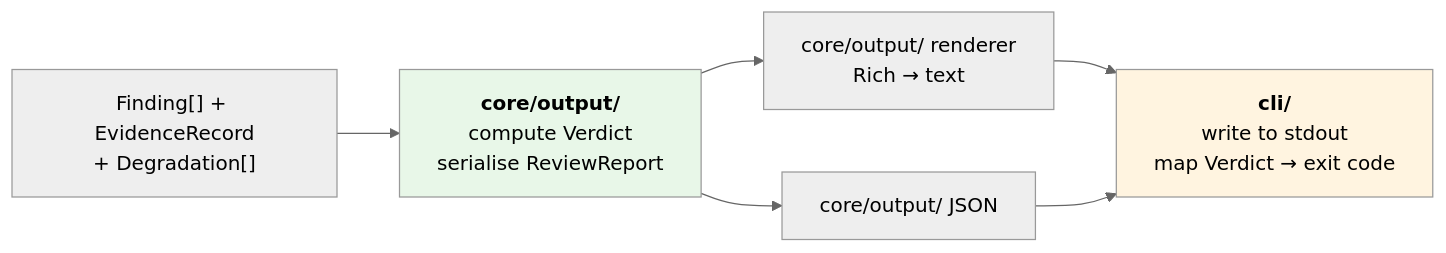
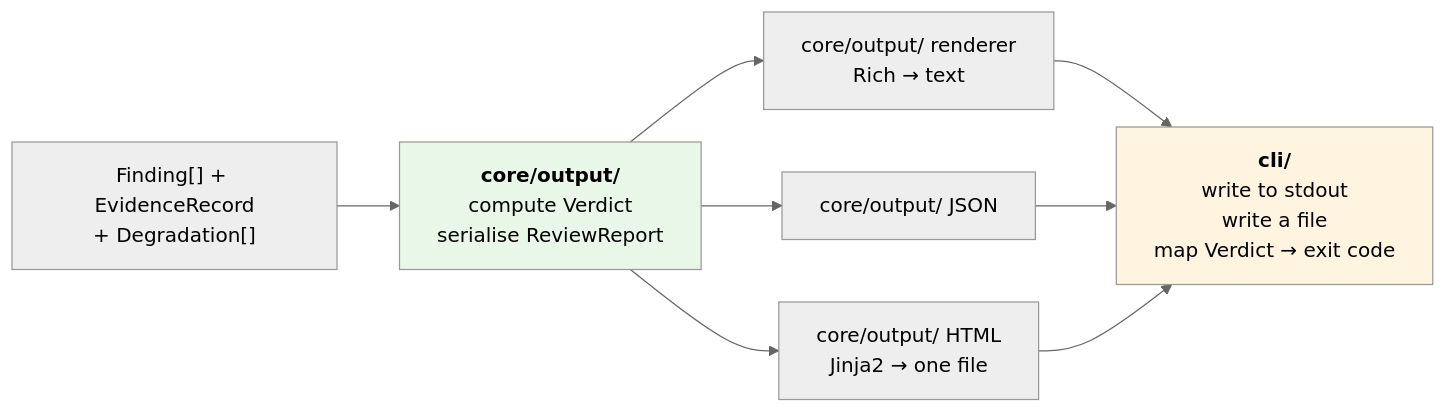
The fourth of 8 diagrams in Docs/design/01-logical-architecture.md (nhahub/NHA-5-285), drawn with Mermaid (neutral theme) before and after one commit. The commit also changed other lines of this file and 4 other files, not shown here.

````diff
--- a/Docs/design/01-logical-architecture.md
+++ b/Docs/design/01-logical-architecture.md
@@ -158,11 +158,13 @@
 ```mermaid
 flowchart LR
     F["Finding[] + EvidenceRecord<br/>+ Degradation[]"] --> V["<b>core/output/</b><br/>compute Verdict<br/>serialise ReviewReport"]
     V --> R1["core/output/ renderer<br/>Rich → text"]
     V --> R2["core/output/ JSON"]
-    R1 --> C["<b>cli/</b><br/>write to stdout<br/>map Verdict → exit code"]
+    V --> R3["core/output/ HTML<br/>Jinja2 → one file"]
+    R1 --> C["<b>cli/</b><br/>write to stdout<br/>write a file<br/>map Verdict → exit code"]
     R2 --> C
+    R3 --> C
 
     style V fill:#e8f7e8
     style C fill:#fff4e0
 ```
````
